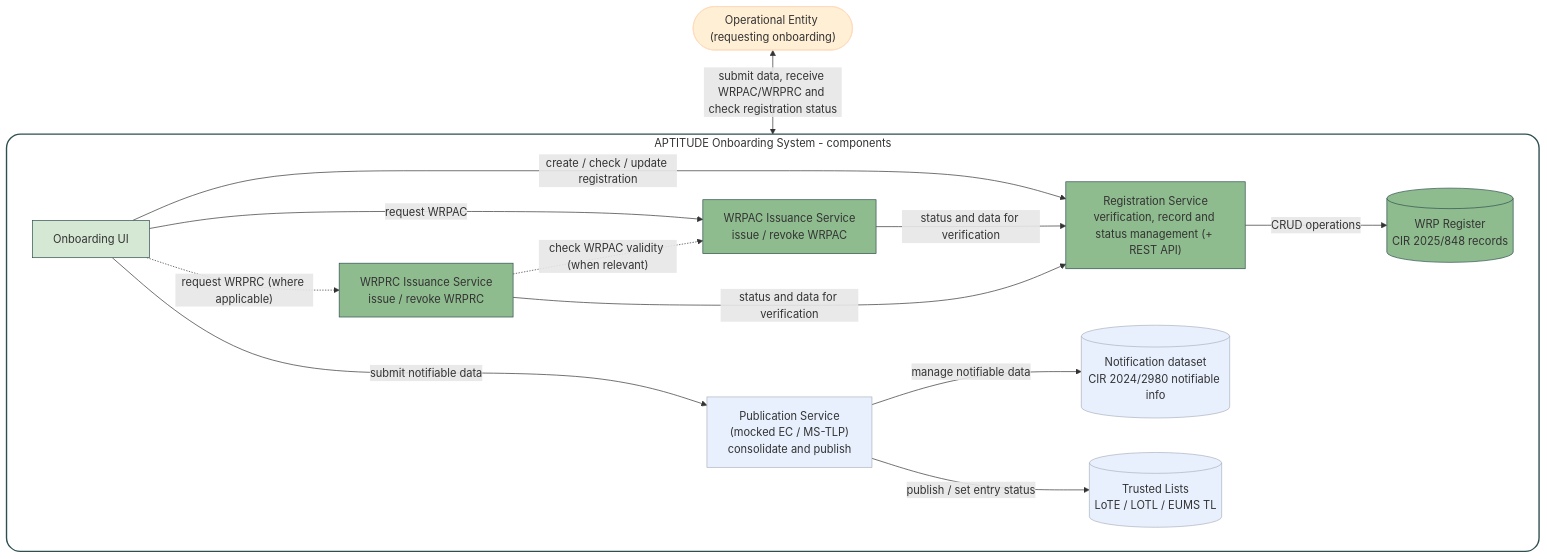
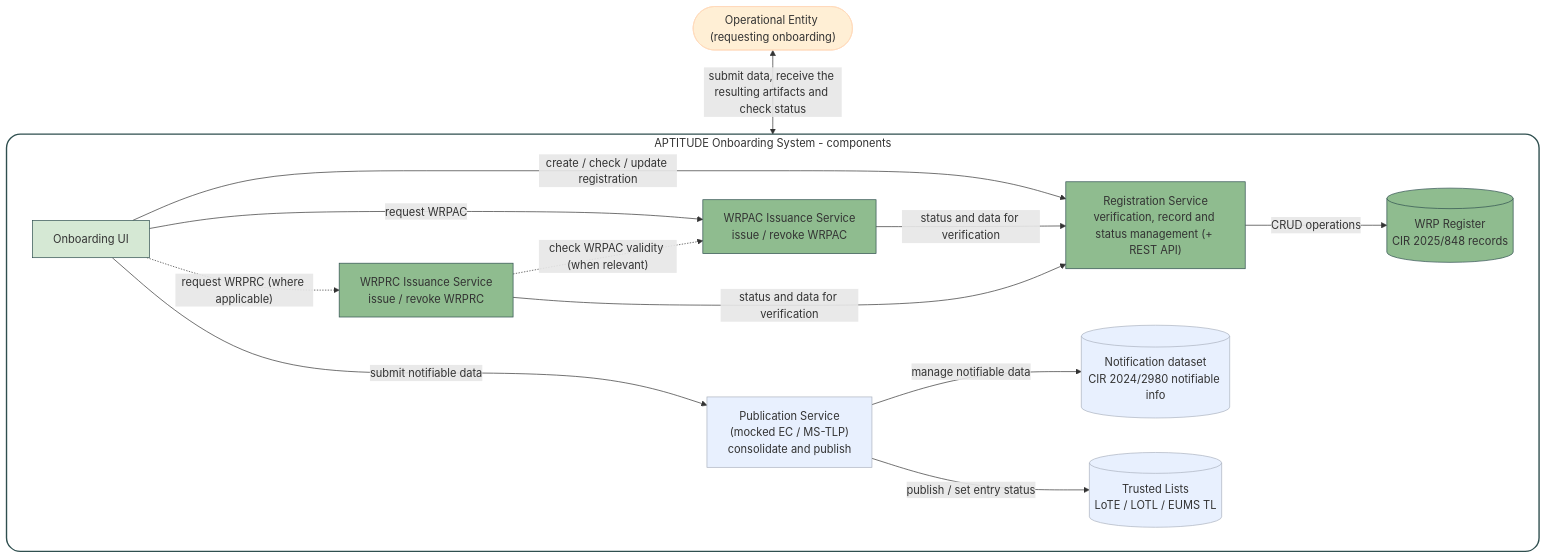
One commit to APTITUDE-Consortium/wp2-trust-specifications changed the third of 5 diagrams in docs/topics/onboarding-process.md. Above: the diagram before and after it, drawn with Mermaid. The commit also changed other lines of this file, not shown here.

Commit message:
fix: address onboarding review comments (diagram wording, signature/seal certs, drop SUSPENDED state)

````diff
--- a/docs/topics/onboarding-process.md
+++ b/docs/topics/onboarding-process.md
@@ -115,42 +115,42 @@
 ```mermaid
 graph TB
 
-    WRP(["Operational Entity (requesting onboarding)"])
+    OpEn(["Operational Entity (requesting onboarding)"])
 
     subgraph SYS["APTITUDE Onboarding System - components"]
         direction LR
         UI["Onboarding UI"]
         RegSvc["Registration Service<br/>verification, record and status management (+ REST API)"]
         WRPReg[("WRP Register<br/>CIR 2025/848 records")]
         ACsvc["WRPAC Issuance Service<br/>issue / revoke WRPAC"]
         RCsvc["WRPRC Issuance Service<br/>issue / revoke WRPRC"]
         PubSvc["Publication Service<br/>(mocked EC / MS-TLP)<br/>consolidate and publish"]
         NotifDS[("Notification dataset<br/>CIR 2024/2980 notifiable info")]
         Lists[("Trusted Lists<br/>LoTE / LOTL / EUMS TL")]
 
         UI -->|"create / check / update registration"| RegSvc
         UI -->|"request WRPAC"| ACsvc
         UI -.->|"request WRPRC (where applicable)"| RCsvc
         UI -->|"submit notifiable data"| PubSvc
         RegSvc -->|"CRUD operations"| WRPReg
         ACsvc -->|"status and data for verification"| RegSvc
         RCsvc -->|"status and data for verification"| RegSvc
         RCsvc -.->|"check WRPAC validity (when relevant)"| ACsvc
         RCsvc ~~~ PubSvc
         PubSvc -->|"manage notifiable data"| NotifDS
         PubSvc -->|"publish / set entry status"| Lists
     end
 
-    WRP <-->|"submit data, receive WRPAC/WRPRC and check registration status"| UI
+    OpEn <-->|"submit data, receive the resulting artifacts and check status"| UI
 
     %% Style
     style SYS fill:#ffff,stroke:#2f4f4f,stroke-width:2px,rx:20,ry:20
     classDef green fill:#8fbc8f,stroke:#2f4f4f
     classDef blue fill:#e8f0fe,stroke:#abb2bf
     classDef cand fill:#ffefd5,stroke:#ffdab9
     classDef ui fill:#d5e8d4,stroke:#2f4f4f
     class RegSvc,ACsvc,RCsvc,WRPReg green;
     class PubSvc,NotifDS,Lists blue;
-    class WRP cand;
+    class OpEn cand;
     class UI ui;
 ```
````
